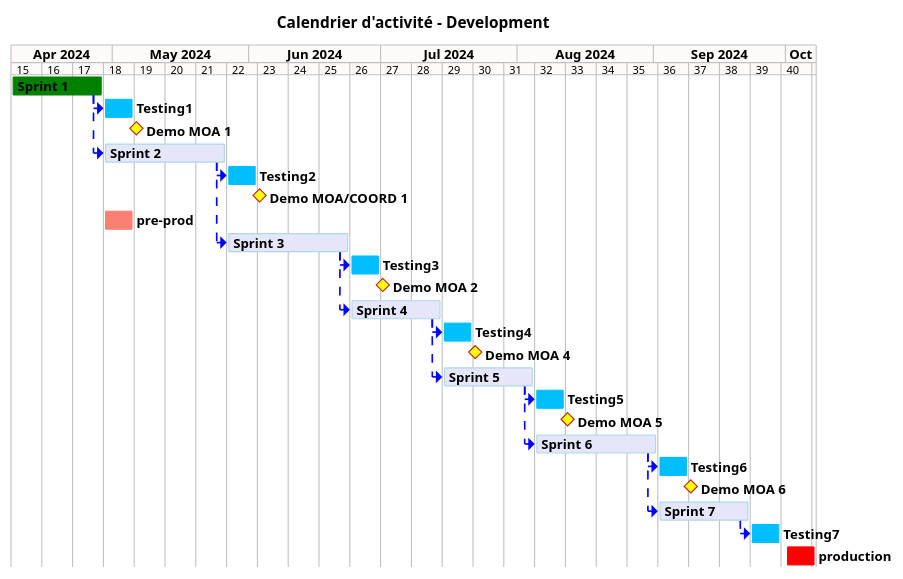
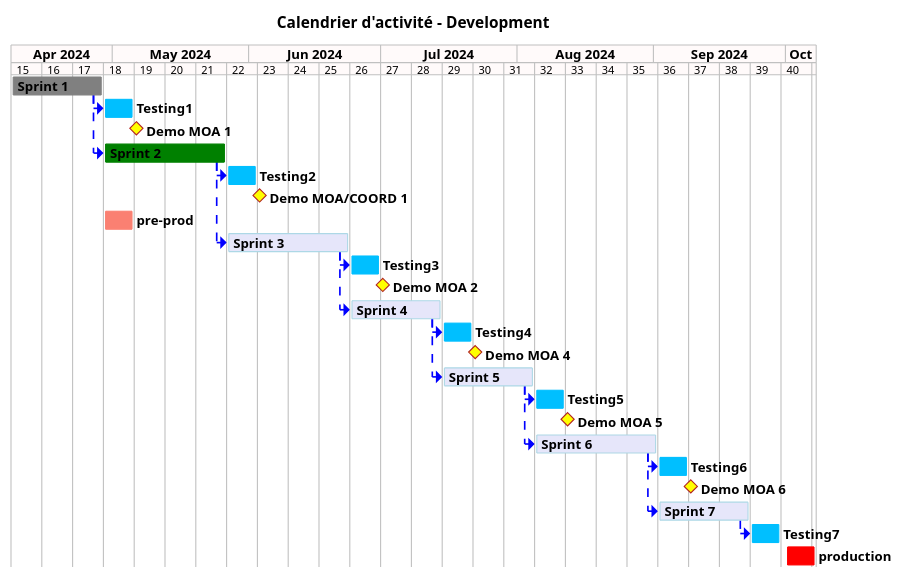
Before and after one commit to sumaris-net/sumaris-doc: the diagram in projects/activity-calendar/not/images/refonte-activity-calendar-planning-sprints.puml, drawn with PlantUML. The commit also changed 16 other files, not shown here.

```diff
--- a/projects/activity-calendar/not/images/refonte-activity-calendar-planning-sprints.puml
+++ b/projects/activity-calendar/not/images/refonte-activity-calendar-planning-sprints.puml
@@ -1,127 +1,127 @@
 @startgantt
 hide footbox
 
 <style>
 ganttDiagram {
     unstartedTask {
         FontName Helvetica
         FontColor Black
         FontSize 12
         FontStyle bold
         BackGroundColor DeepSkyBlue
         LineColor DeepSkyBlue
     }
     task {
         FontName Helvetica
         FontColor Black
         FontSize 12
         FontStyle bold
         BackGroundColor DeepSkyBlue
         LineColor DeepSkyBlue
     }
     milestone {
         FontColor black
         FontSize 12
         FontStyle bold
         BackGroundColor yellow
         LineColor FireBrick
     }
     note {
         FontColor DarkGreen
         FontSize 10
         LineColor OrangeRed
     }
     arrow {
         FontName Helvetica
         FontColor red
         FontSize 18
         FontStyle bold
         BackGroundColor GreenYellow
         LineColor blue
         LineStyle 8.0;13.0
         LineThickness 3.0
     }
     separator {
         BackgroundColor OliveDrab
         LineStyle 8.0;3.0
         LineColor Gray
         LineThickness 1.0
         FontSize 16
         FontStyle bold
         FontColor White
         Margin 5
         Padding 6
     }
     timeline {
         BackgroundColor Snow
     }
     closed {
         BackgroundColor pink
         FontColor red
     }
 }
 </style>
 
 printscale weekly
 projectscale weekly
 
 title Calendrier d'activité - Development
 
 Project starts the 2024/04/08
 
 [Sprint 1] as [TASK1] requires 3 weeks
-[TASK1] is colored in green
+[TASK1] is colored in grey
 
 [Testing1] requires 1 week
 [TASK1]->[Testing1]
 [Demo MOA 1] happens 1 day after [Testing1]'s end
 
 [Sprint 2] as [TASK2] requires 4 weeks
-[TASK2] is colored in Lavender/LightBlue
+[TASK2] is colored in green
 [TASK1]->[TASK2]
 [Testing2] requires 1 week
 [TASK2]->[Testing2]
 [Demo MOA/COORD 1] happens 1 day after [Testing2]'s end
 
 [pre-prod] as [PREPROD] requires 1 week and starts the 29th of April 2024
 [PREPROD] is colored in salmon
 
 [Sprint 3] as [TASK3] requires 4 weeks
 [TASK3] is colored in Lavender/LightBlue
 [TASK2]->[TASK3]
 [Testing3] requires 1 week
 [TASK3]->[Testing3]
 [Demo MOA 2] happens 1 day after [Testing3]'s end
 
 [Sprint 4] as [TASK4] requires 3 weeks
 [TASK4] is colored in Lavender/LightBlue
 [TASK3]->[TASK4]
 [Testing4] requires 1 week
 [TASK4]->[Testing4]
 [Demo MOA 4] happens 1 day after [Testing4]'s end
 
 [Sprint 5] as [TASK5] requires 3 weeks
 [TASK5] is colored in Lavender/LightBlue
 [TASK4]->[TASK5]
 [Testing5] requires 1 week and starts the 5th of August 2024
 [TASK5]->[Testing5]
 [Demo MOA 5] happens 1 day after [Testing5]'s end
 
 [Sprint 6] as [TASK6] requires 4 weeks and starts the 5th of August 2024
 [TASK6] is colored in Lavender/LightBlue
 [TASK5]->[TASK6]
 [Testing6] requires 1 week
 [TASK6]->[Testing6]
 [Demo MOA 6] happens 1 day after [Testing6]'s end
 
 [Sprint 7] as [TASK7] requires 3 weeks and starts the 2th of September 2024
 [TASK7] is colored in Lavender/LightBlue
 [TASK6]->[TASK7]
 [TASK7]->[Testing7]
 [Testing7] requires 1 week and starts the 22th of September 2024
 
 
 [production] as [PROD] requires 1 week and starts the 1th of October 2024
 [PROD] is colored in red
 
 @endgantt
```
